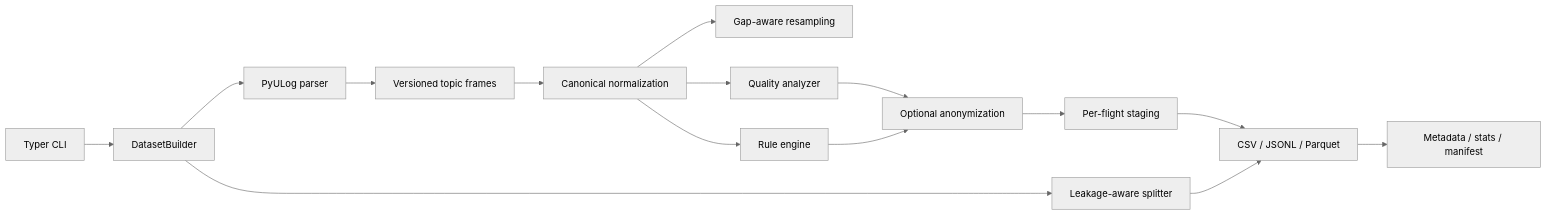
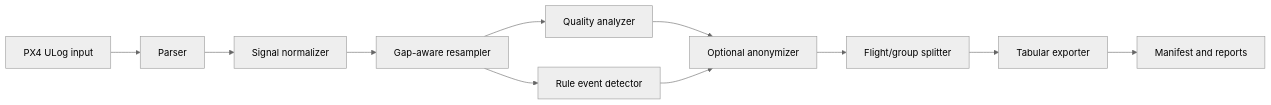
The first of 4 diagrams in docs/architecture/ARCHITECTURE.md (LodeStonedrones/px4-dataset-builder), drawn with Mermaid (neutral theme) before and after one commit. The commit also changed other lines of this file and 25 other files, not shown here.

````diff
--- a/docs/architecture/ARCHITECTURE.md
+++ b/docs/architecture/ARCHITECTURE.md
@@ -5,17 +7,13 @@
 ```mermaid
 flowchart LR
-  CLI["Typer CLI"] --> Builder["DatasetBuilder"]
-  Builder --> Parser["PyULog parser"]
-  Parser --> Topics["Versioned topic frames"]
-  Topics --> Normalize["Canonical normalization"]
-  Normalize --> Sync["Gap-aware resampling"]
-  Normalize --> Quality["Quality analyzer"]
-  Normalize --> Events["Rule engine"]
-  Quality --> Privacy["Optional anonymization"]
-  Events --> Privacy
-  Privacy --> Stage["Per-flight staging"]
-  Builder --> Split["Leakage-aware splitter"]
-  Stage --> Export["CSV / JSONL / Parquet"]
-  Split --> Export
-  Export --> Manifest["Metadata / stats / manifest"]
+    ULog["PX4 ULog input"] --> Parser["Parser"]
+    Parser --> Normalizer["Signal normalizer"]
+    Normalizer --> Resampler["Gap-aware resampler"]
+    Resampler --> Quality["Quality analyzer"]
+    Resampler --> Events["Rule event detector"]
+    Quality --> Privacy["Optional anonymizer"]
+    Events --> Privacy
+    Privacy --> Splitter["Flight/group splitter"]
+    Splitter --> Exporter["Tabular exporter"]
+    Exporter --> Evidence["Manifest and reports"]
 ```
````
